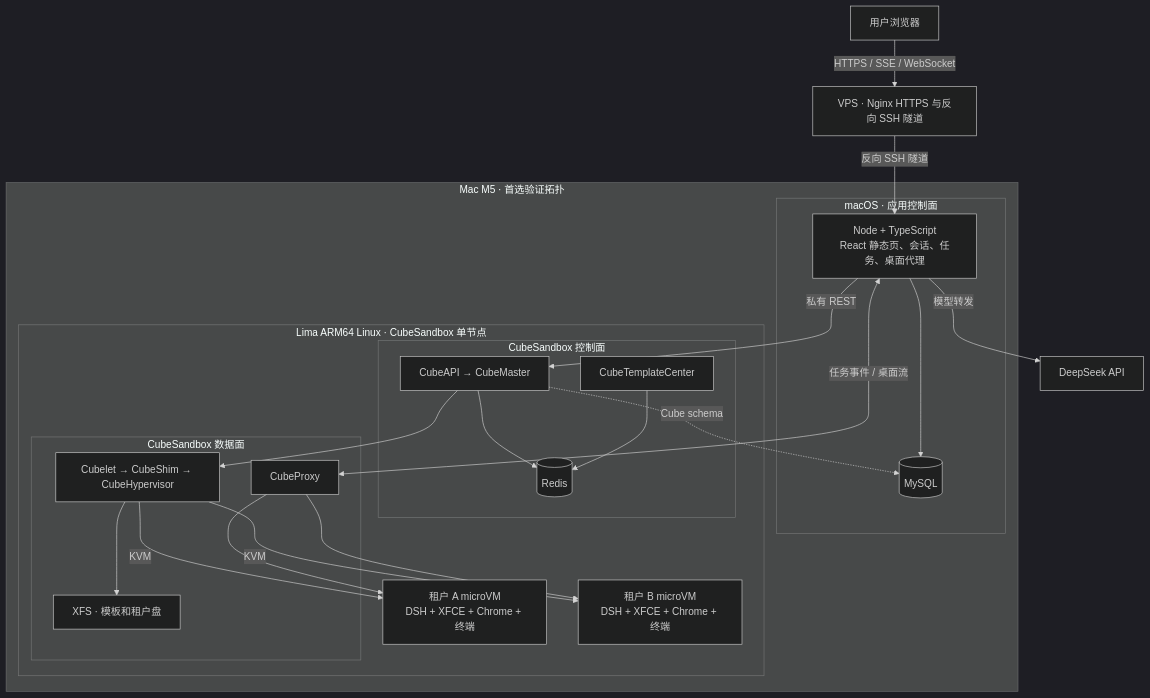
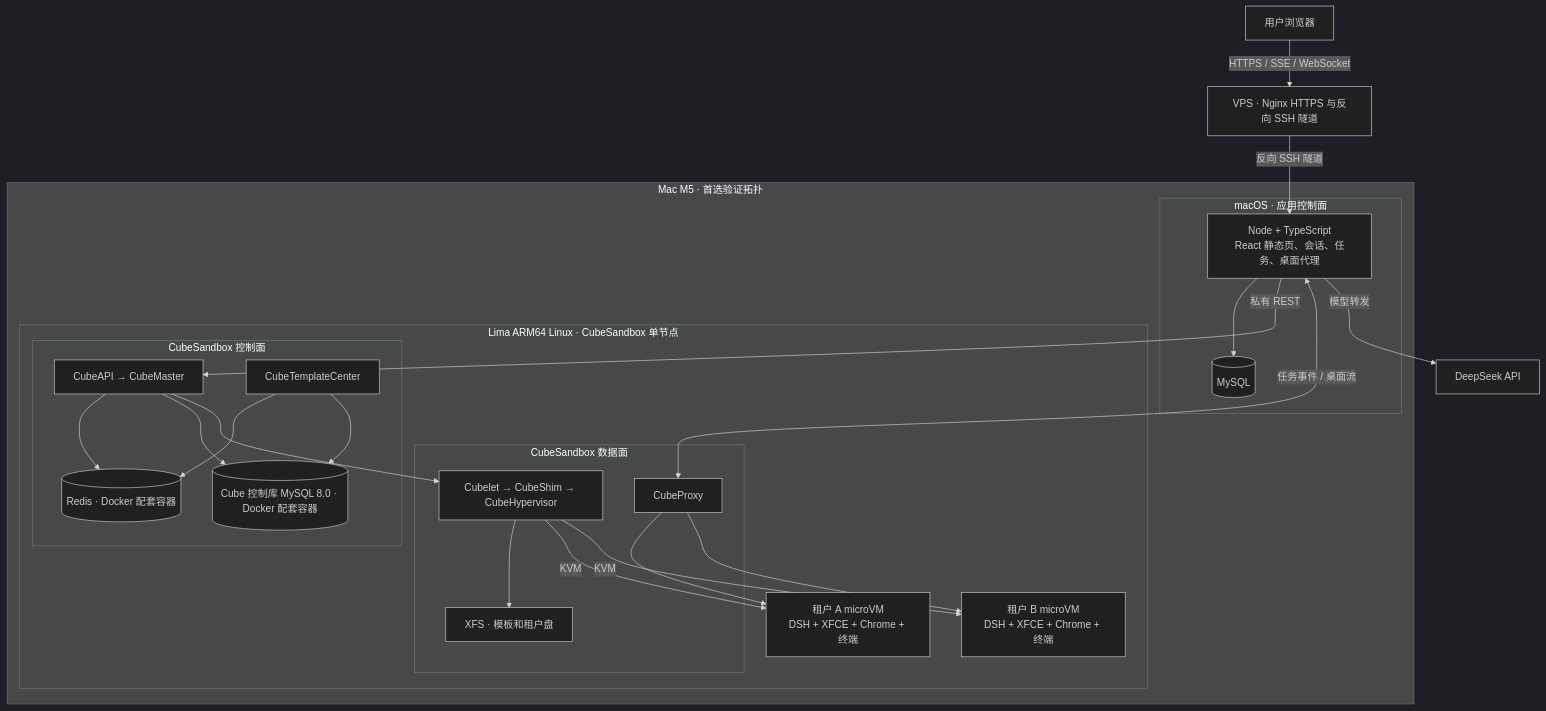
One commit to cokepoppy/coke-super-agent changed the diagram in docs/technical-plan.md. Above: the diagram before and after it, drawn with Mermaid (dark theme). The commit also changed other lines of this file and 6 other files, not shown here.

````diff
--- a/docs/technical-plan.md
+++ b/docs/technical-plan.md
@@ -38,40 +40,42 @@
 ```mermaid
 flowchart TB
     User[用户浏览器]
     VPS["VPS · Nginx HTTPS 与反向 SSH 隧道"]
     subgraph Host["Mac M5 · 首选验证拓扑"]
         subgraph Mac["macOS · 应用控制面"]
             App["Node + TypeScript<br/>React 静态页、会话、任务、桌面代理"]
             SQL[(MySQL)]
             App --> SQL
         end
         subgraph Linux["Lima ARM64 Linux · CubeSandbox 单节点"]
             subgraph Control["CubeSandbox 控制面"]
                 Cube["CubeAPI → CubeMaster"]
                 Template[CubeTemplateCenter]
-                Redis[(Redis)]
+                Redis[(Redis · Docker 配套容器)]
+                CubeSQL[(Cube 控制库 MySQL 8.0 · Docker 配套容器)]
                 Cube --> Redis
                 Template --> Redis
+                Cube --> CubeSQL
+                Template --> CubeSQL
             end
             subgraph Data["CubeSandbox 数据面"]
                 Compute["Cubelet → CubeShim → CubeHypervisor"]
                 Proxy[CubeProxy]
                 Disk["XFS · 模板和租户盘"]
                 Compute --> Disk
             end
             A["租户 A microVM<br/>DSH + XFCE + Chrome + 终端"]
             B["租户 B microVM<br/>DSH + XFCE + Chrome + 终端"]
             Cube --> Compute
             Compute -->|KVM| A
             Compute -->|KVM| B
             Proxy --> A
             Proxy --> B
         end
     end
     User -->|HTTPS / SSE / WebSocket| VPS
     VPS -->|反向 SSH 隧道| App
     App -->|私有 REST| Cube
     App <-->|任务事件 / 桌面流| Proxy
-    Cube -.->|Cube schema| SQL
     App -->|模型转发| Model[DeepSeek API]
 ```
````
